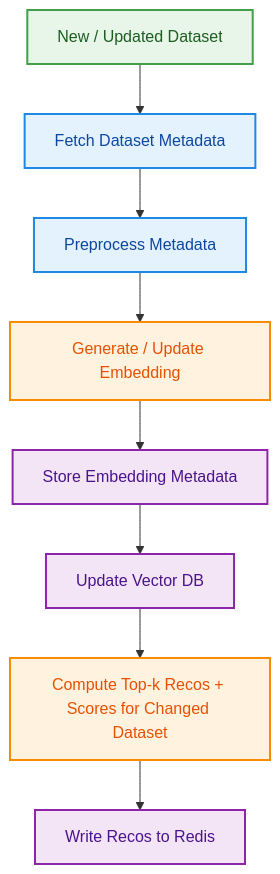
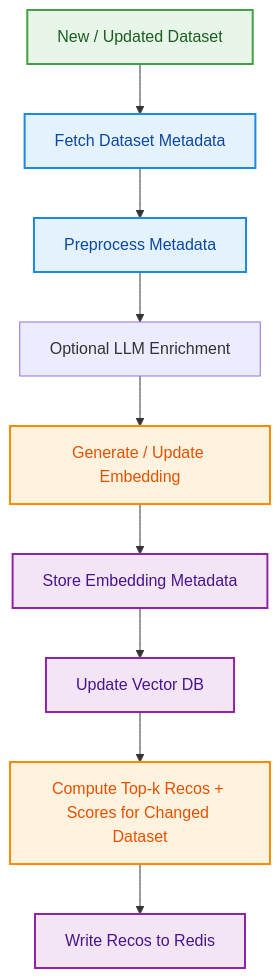
Before and after one commit to datagems-eosc/dataset-recsys: the second of 3 diagrams in docs/source/workflows.md, drawn with Mermaid. The commit also changed other lines of this file and 1 other file, not shown here.

Commit message:
> update docs to include llm enrichment step

````diff
--- a/docs/source/workflows.md
+++ b/docs/source/workflows.md
@@ -35,21 +39,22 @@
 ```mermaid
 %%{init: {'flowchart': {'nodeSpacing': 22, 'rankSpacing': 22, 'curve': 'linear'}, 'themeVariables': {'fontSize': '12px', 'lineColor': '#9E9E9E', 'edgeLabelBackground':'#ffffff', 'primaryBorderColor':'#BDBDBD', 'clusterBorder':'#E0E0E0', 'lineWidth':'0\.9px'}}}%%
 flowchart TB
     A[New / Updated Dataset] --> B[Fetch Dataset Metadata]
     B --> C[Preprocess Metadata]
-    C --> D[Generate / Update Embedding]
+    C --> X[Optional LLM Enrichment]
+    X --> D[Generate / Update Embedding]
     D --> E[Store Embedding Metadata]
     E --> F[Update Vector DB]
     F --> G[Compute Top-k Recos + Scores for Changed Dataset]
     G --> H[Write Recos to Redis]
 
     classDef trigger fill:#E8F5E9,stroke:#43A047,stroke-width:2px,color:#1B5E20;
     classDef prep fill:#E3F2FD,stroke:#1E88E5,stroke-width:2px,color:#0D47A1;
     classDef compute fill:#FFF3E0,stroke:#FB8C00,stroke-width:2px,color:#E65100;
     classDef storage fill:#F3E5F5,stroke:#8E24AA,stroke-width:2px,color:#4A148C;
 
     class A trigger;
     class B,C prep;
     class D,G compute;
     class E,F,H storage;
 ```
````
